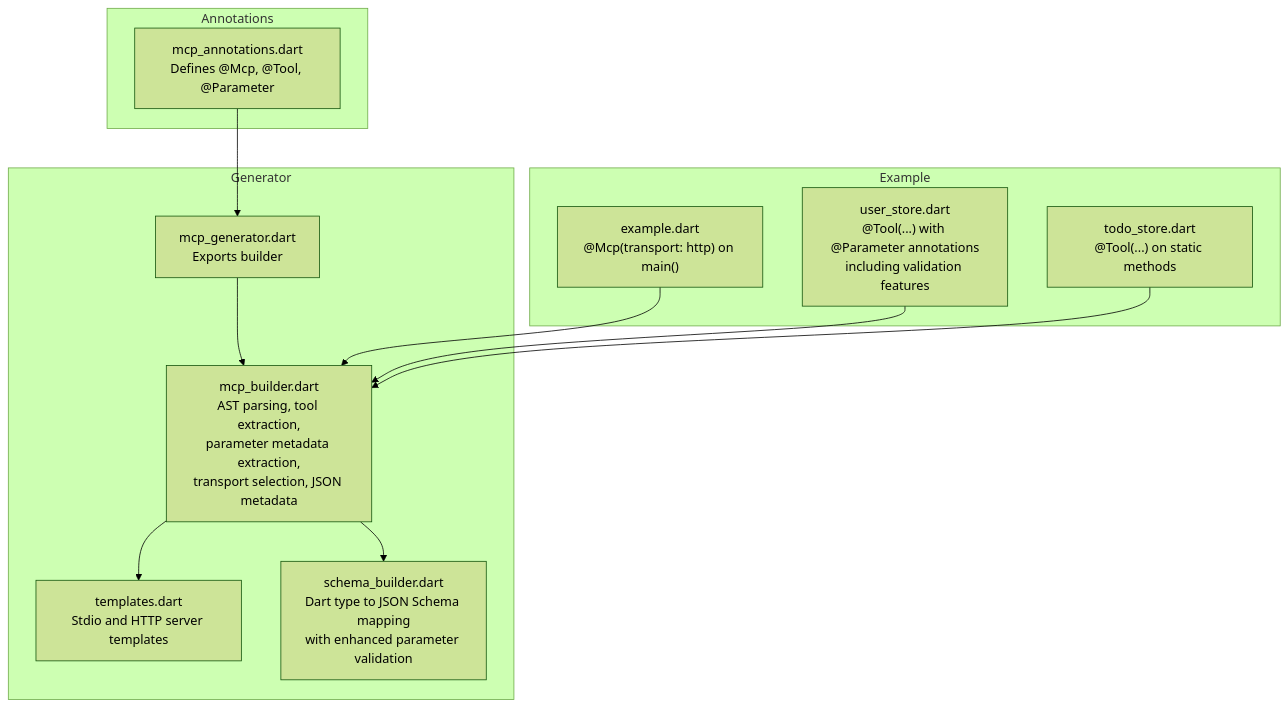
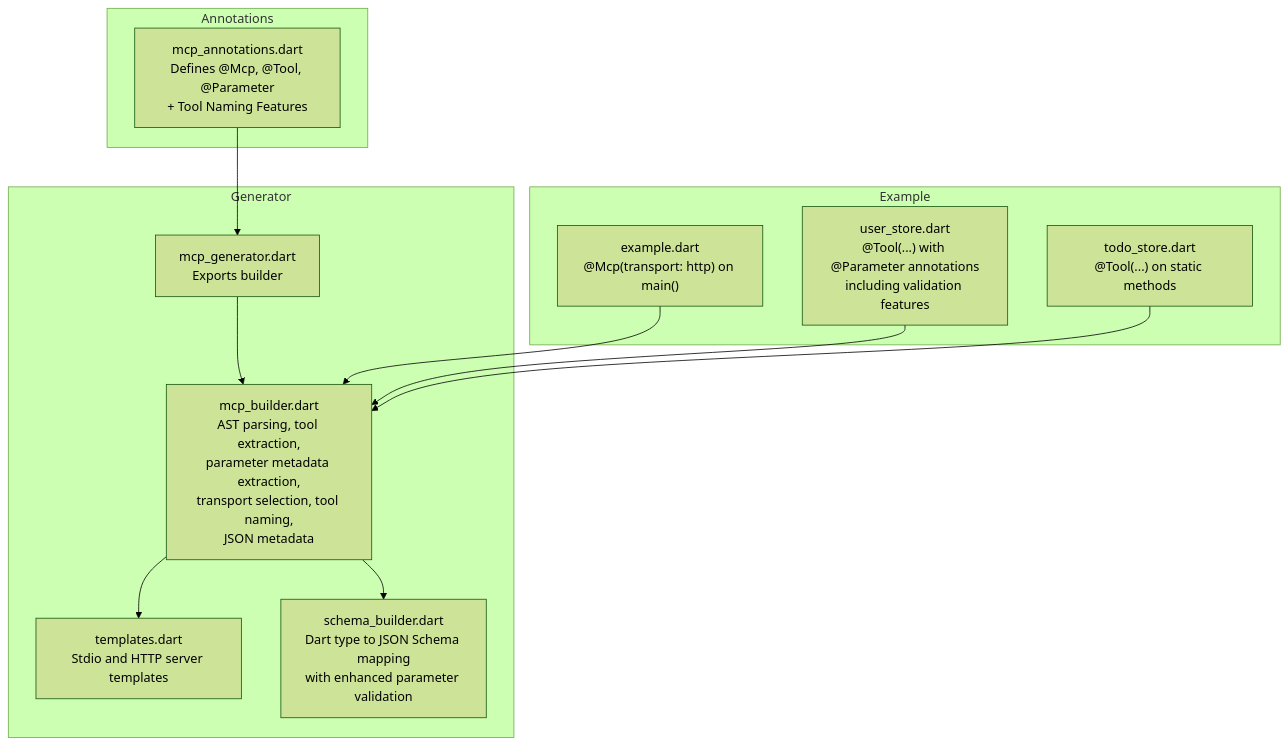
Before and after one commit to cdavis-code/easy_mcp_workspace: the first of 4 diagrams in .qoder/repowiki/en/content/Annotations Reference/Annotations Reference.md, drawn with Mermaid (forest theme). The commit also changed other lines of this file and 8 other files, not shown here.

````diff
--- a/.qoder/repowiki/en/content/Annotations Reference/Annotations Reference.md
+++ b/.qoder/repowiki/en/content/Annotations Reference/Annotations Reference.md
@@ -58,24 +59,24 @@
 ```mermaid
 graph TB
 subgraph "Annotations"
-A["mcp_annotations.dart<br/>Defines @Mcp, @Tool, @Parameter"]
+A["mcp_annotations.dart<br/>Defines @Mcp, @Tool, @Parameter<br/>+ Tool Naming Features"]
 end
 subgraph "Generator"
 B["mcp_generator.dart<br/>Exports builder"]
-C["mcp_builder.dart<br/>AST parsing, tool extraction,<br/>parameter metadata extraction,<br/>transport selection, JSON metadata"]
+C["mcp_builder.dart<br/>AST parsing, tool extraction,<br/>parameter metadata extraction,<br/>transport selection, tool naming,<br/>JSON metadata"]
 D["templates.dart<br/>Stdio and HTTP server templates"]
 E["schema_builder.dart<br/>Dart type to JSON Schema mapping<br/>with enhanced parameter validation"]
 end
 subgraph "Example"
 F["example.dart<br/>@Mcp(transport: http) on main()"]
 G["user_store.dart<br/>@Tool(...) with @Parameter annotations<br/>including validation features"]
 H["todo_store.dart<br/>@Tool(...) on static methods"]
 end
 A --> B
 B --> C
 C --> D
 C --> E
 F --> C
 G --> C
 H --> C
 ```
````
